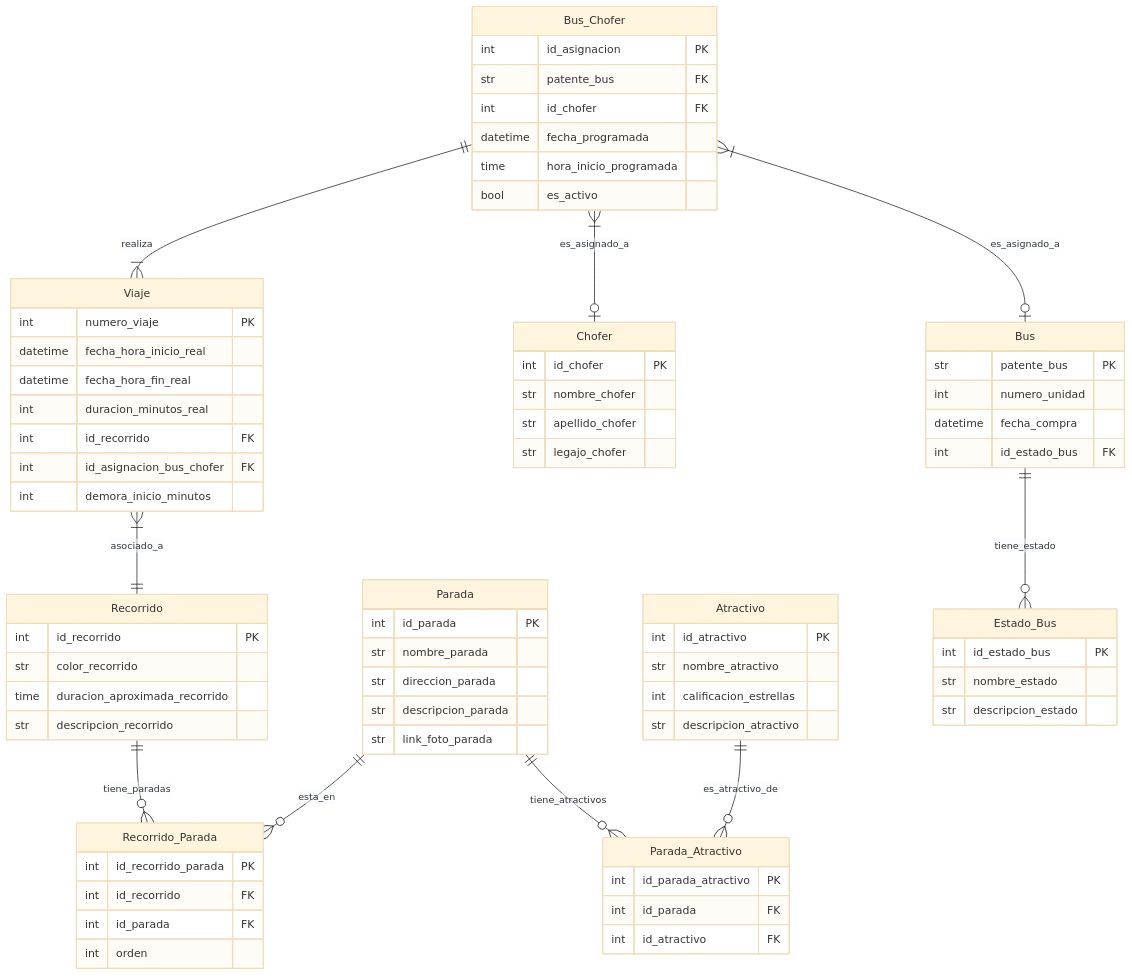
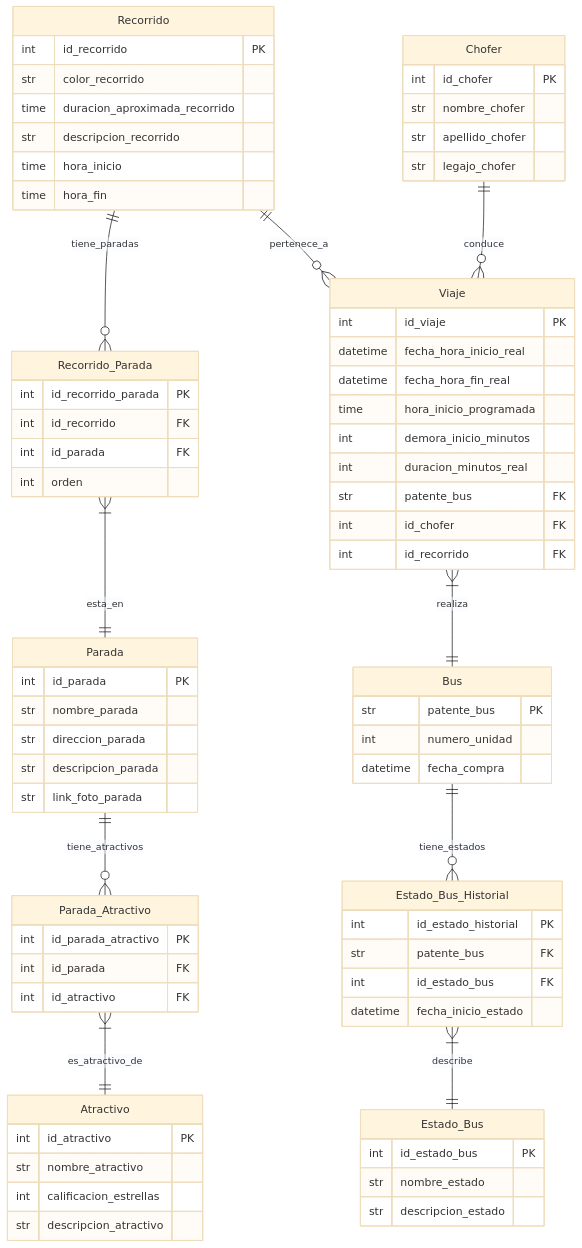
One commit to Villada-PG3/trabajo-practico-integrador-bus-turistico changed the diagram in proyecto_desarrollo/er1.mmd. Above: the diagram before and after it, drawn with Mermaid (base theme).

Commit message:
solucion_sin_atributos

```diff
--- a/proyecto_desarrollo/er1.mmd
+++ b/proyecto_desarrollo/er1.mmd
@@ -1,87 +1,86 @@
 erDiagram
-    %% Diagrama de Entidad-Relación para el sistema de recorridos de buses
     Recorrido ||--o{ Recorrido_Parada : tiene_paradas
-    Parada ||--o{ Recorrido_Parada : esta_en
+    Recorrido_Parada }|--|| Parada : esta_en
     Parada ||--o{ Parada_Atractivo : tiene_atractivos
-    Atractivo ||--o{ Parada_Atractivo : es_atractivo_de
+    Parada_Atractivo }|--|| Atractivo : es_atractivo_de
 
-    Bus_Chofer }|--o| Bus : es_asignado_a
-    Bus_Chofer }|--o| Chofer : es_asignado_a
-    Bus_Chofer ||--|{ Viaje : realiza
-
-    Bus ||--o{ Estado_Bus : tiene_estado
-    Viaje }|--|| Recorrido : asociado_a
+    Bus ||--o{ Estado_Bus_Historial : tiene_estados
+    Estado_Bus_Historial }|--|| Estado_Bus : describe
+    Chofer ||--o{ Viaje : conduce
+    Viaje }|--|| Bus : realiza
+    Recorrido ||--o{ Viaje : pertenece_a
 
     Recorrido {
         int id_recorrido PK
         str color_recorrido
         time duracion_aproximada_recorrido
         str descripcion_recorrido
+        time hora_inicio
+        time hora_fin
     }
 
     Recorrido_Parada {
         int id_recorrido_parada PK
         int id_recorrido FK
         int id_parada FK
         int orden
     }
 
     Parada {
         int id_parada PK
         str nombre_parada
         str direccion_parada
         str descripcion_parada
         str link_foto_parada
     }
 
     Parada_Atractivo {
         int id_parada_atractivo PK
         int id_parada FK
         int id_atractivo FK
     }
 
     Atractivo {
         int id_atractivo PK
         str nombre_atractivo
         int calificacion_estrellas
         str descripcion_atractivo
     }
 
     Bus {
         str patente_bus PK
         int numero_unidad
         datetime fecha_compra
-        int id_estado_bus FK
     }
 
     Estado_Bus {
         int id_estado_bus PK
         str nombre_estado
         str descripcion_estado
+    }
+
+    Estado_Bus_Historial {
+        int id_estado_historial PK
+        str patente_bus FK
+        int id_estado_bus FK
+        datetime fecha_inicio_estado
     }
 
     Chofer {
         int id_chofer PK
         str nombre_chofer
         str apellido_chofer
         str legajo_chofer
     }
 
-    Bus_Chofer {
-        int id_asignacion PK
+    Viaje {
+        int id_viaje PK
+        datetime fecha_hora_inicio_real
+        datetime fecha_hora_fin_real
+        time hora_inicio_programada
+        int demora_inicio_minutos
+        int duracion_minutos_real
         str patente_bus FK
         int id_chofer FK
-        datetime fecha_programada
-        time hora_inicio_programada
-        bool es_activo
+        int id_recorrido FK
     }
-
-    Viaje {
-        int numero_viaje PK
-        datetime fecha_hora_inicio_real
-        datetime fecha_hora_fin_real
-        int duracion_minutos_real
-        int id_recorrido FK
-        int id_asignacion_bus_chofer FK
-        int demora_inicio_minutos
-    }
```
